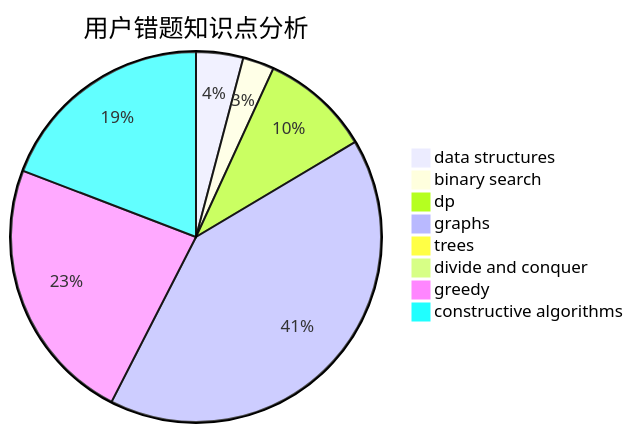
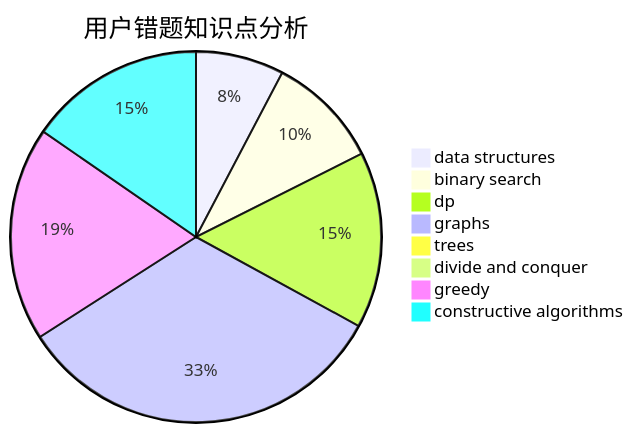
Before and after one commit to sherpahu/cfrs.github.io: the third of 3 diagrams in docs/user/u2271.md, drawn with Mermaid. The commit also changed other lines of this file and 2770 other files, not shown here.

````diff
--- a/docs/user/u2271.md
+++ b/docs/user/u2271.md
@@ -36,11 +36,11 @@
 ```mermaid
 pie title 用户错题知识点分析
-    "data structures" :  3
-    "binary search" :  2
-    "dp" :  7
+    "data structures" :  7
+    "binary search" :  9
+    "dp" :  14
     "graphs" :  30
     "trees" :  0
     "divide and conquer" :  0
     "greedy" :  17
     "constructive algorithms" :  14
 ```
````
